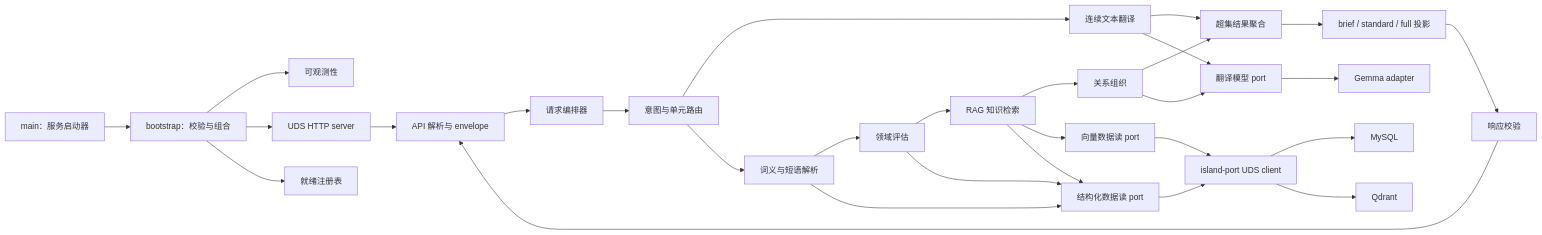
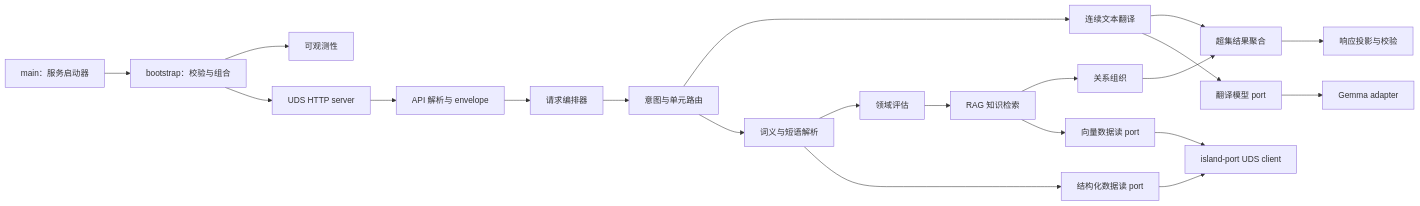
One commit to Ashex-x/Transnet changed the diagram in docs_cn/reference/modules_cn.md. Above: the diagram before and after it, drawn with Mermaid. The commit also changed other lines of this file and 3 other files, not shown here.

````diff
--- a/docs_cn/reference/modules_cn.md
+++ b/docs_cn/reference/modules_cn.md
@@ -17,31 +17,23 @@
 ```mermaid
 flowchart LR
   launcher["main：服务启动器"] --> bootstrap["bootstrap：校验与组合"]
   bootstrap --> observability["可观测性"]
   bootstrap --> uds["UDS HTTP server"]
-  bootstrap --> readiness["就绪注册表"]
   uds --> api["API 解析与 envelope"]
   api --> orchestrator["请求编排器"]
   orchestrator --> router["意图与单元路由"]
   router --> translate["连续文本翻译"]
   router --> lexical["词义与短语解析"]
   lexical --> domain["领域评估"]
   domain --> retrieve["RAG 知识检索"]
   retrieve --> compose["关系组织"]
   translate --> aggregate["超集结果聚合"]
   compose --> aggregate
-  aggregate --> project["brief / standard / full 投影"]
-  project --> validate["响应校验"]
-  validate --> api
+  aggregate --> project["响应投影与校验"]
   translate --> model_port["翻译模型 port"]
   lexical --> sql_port["结构化数据读 port"]
-  domain --> sql_port
   retrieve --> vector_port["向量数据读 port"]
-  retrieve --> sql_port
-  compose --> model_port
   model_port --> providers["Gemma adapter"]
   sql_port --> island["island-port UDS client"]
   vector_port --> island
-  island --> mysql["MySQL"]
-  island --> qdrant["Qdrant"]
 ```
````
